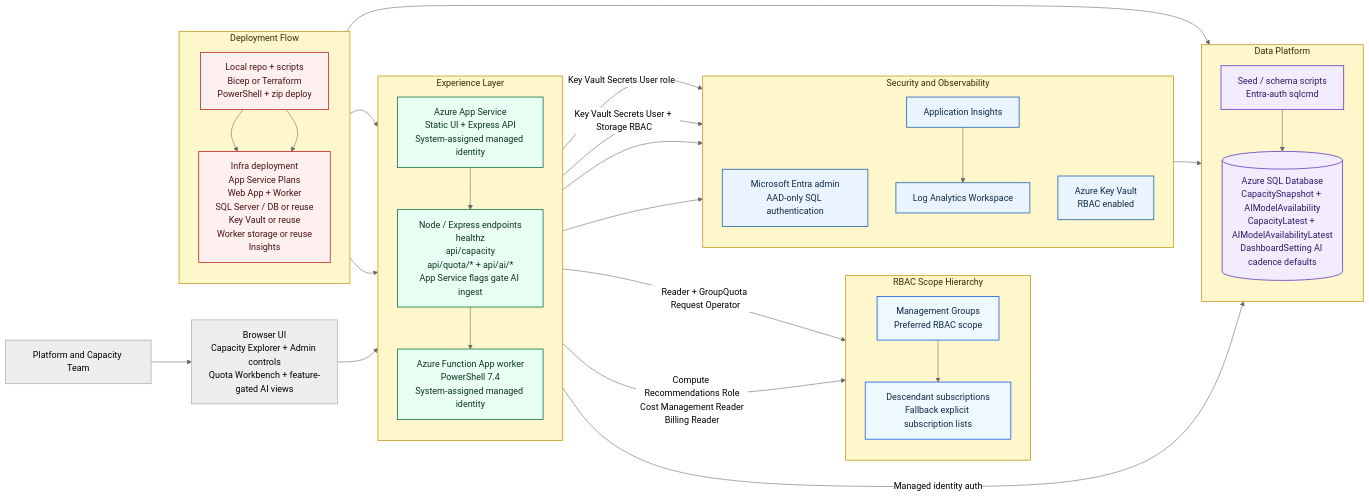
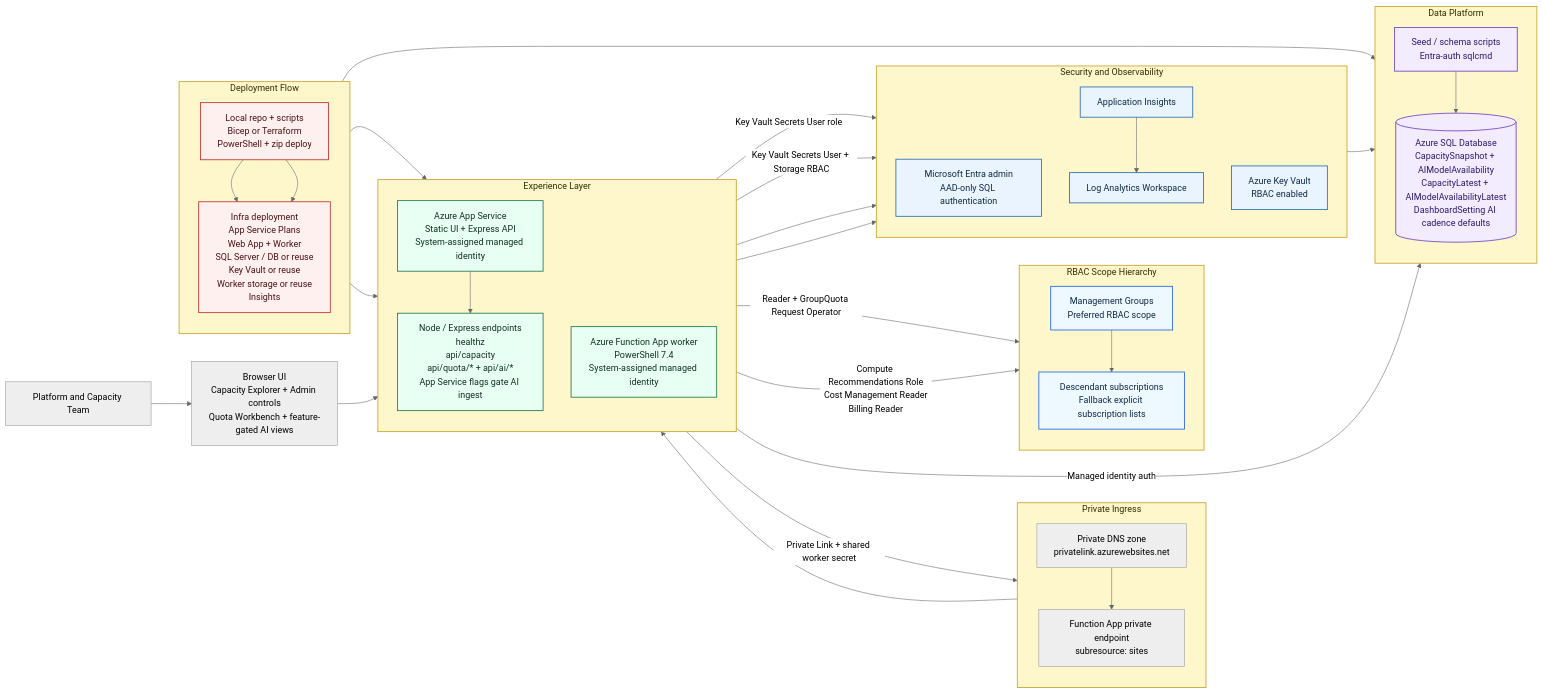
One commit to wjpigott/Capacity-Planning-Dashboard changed the diagram in docs/current-architecture.mmd. Above: the diagram before and after it, drawn with Mermaid (neutral theme). The commit also changed 2 other files, not shown here.

Commit message:
Update architecture docs for Function private endpoint

```diff
--- a/docs/current-architecture.mmd
+++ b/docs/current-architecture.mmd
@@ -1,66 +1,73 @@
 flowchart LR
     classDef group fill:#FFF7CC,stroke:#C9A227,stroke-width:1.5px,color:#332B00;
     classDef azure fill:#EAF4FF,stroke:#2B6CB0,stroke-width:1.5px,color:#0F2A43;
     classDef app fill:#E8FFF4,stroke:#1F7A4D,stroke-width:1.5px,color:#103222;
     classDef data fill:#F3ECFF,stroke:#6B46C1,stroke-width:1.5px,color:#2D1B69;
     classDef ops fill:#FFF0F0,stroke:#C53030,stroke-width:1.5px,color:#4A1111;
     classDef scope fill:#EEF8FF,stroke:#2563EB,stroke-width:1.5px,color:#102A43;
 
     User[Platform and Capacity Team]
     Browser[Browser UI\nCapacity Explorer + Admin controls\nQuota Workbench + feature-gated AI views]
 
     subgraph Experience[Experience Layer]
         direction TB
         WebApp[Azure App Service\nStatic UI + Express API\nSystem-assigned managed identity]
         Api[Node / Express endpoints\nhealthz\napi/capacity\napi/quota/* + api/ai/*\nApp Service flags gate AI ingest]
         Worker[Azure Function App worker\nPowerShell 7.4\nSystem-assigned managed identity]
+    end
+
+    subgraph PrivateIngress[Private Ingress]
+        direction TB
+        FuncPE[Function App private endpoint\nsubresource: sites]
+        FuncDns[Private DNS zone\nprivatelink.azurewebsites.net]
     end
 
     subgraph Data[Data Platform]
         direction TB
         Sql[(Azure SQL Database\nCapacitySnapshot + AIModelAvailability\nCapacityLatest + AIModelAvailabilityLatest\nDashboardSetting AI cadence defaults)]
         Seed[Seed / schema scripts\nEntra-auth sqlcmd]
     end
 
     subgraph Access[RBAC Scope Hierarchy]
         direction TB
         Mg[Management Groups\nPreferred RBAC scope]
         Subs[Descendant subscriptions\nFallback explicit subscription lists]
     end
 
     subgraph Security[Security and Observability]
         direction TB
         Entra[Microsoft Entra admin\nAAD-only SQL authentication]
         Kv[Azure Key Vault\nRBAC enabled]
         Appi[Application Insights]
         Log[Log Analytics Workspace]
     end
 
     subgraph Delivery[Deployment Flow]
         direction TB
         Local[Local repo + scripts\nBicep or Terraform\nPowerShell + zip deploy]
         Infra[Infra deployment\nApp Service Plans\nWeb App + Worker\nSQL Server / DB or reuse\nKey Vault or reuse\nWorker storage or reuse\nInsights]
     end
 
     User --> Browser --> WebApp --> Api
-    Api --> Worker
+    Api -->|Private Link + shared worker secret| FuncPE --> Worker
+    FuncDns --> FuncPE
     Api -->|Managed identity auth| Sql
     Seed --> Sql
     Entra --> Sql
     WebApp -->|Key Vault Secrets User role| Kv
     Worker -->|Key Vault Secrets User + Storage RBAC| Kv
     WebApp --> Appi --> Log
     Worker --> Appi
     WebApp -->|Reader + GroupQuota Request Operator| Mg
     Worker -->|Compute Recommendations Role\nCost Management Reader\nBilling Reader| Mg
     Mg --> Subs
     Local --> Infra --> WebApp
     Local --> Infra --> Worker
     Local --> Seed
 
-    class Experience,Data,Access,Security,Delivery group;
+    class Experience,PrivateIngress,Data,Access,Security,Delivery group;
     class WebApp,Api,Worker app;
     class Sql,Seed data;
     class Entra,Kv,Appi,Log azure;
     class Local,Infra ops;
     class Mg,Subs scope;
```
